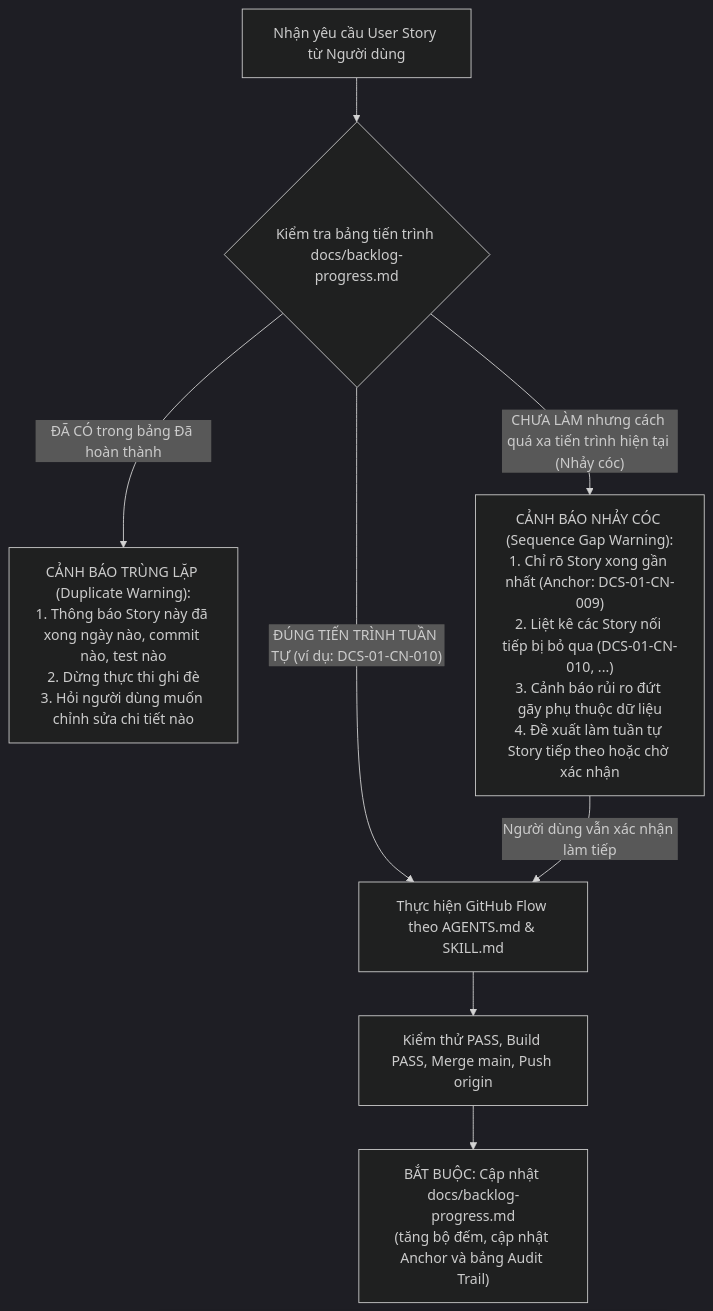
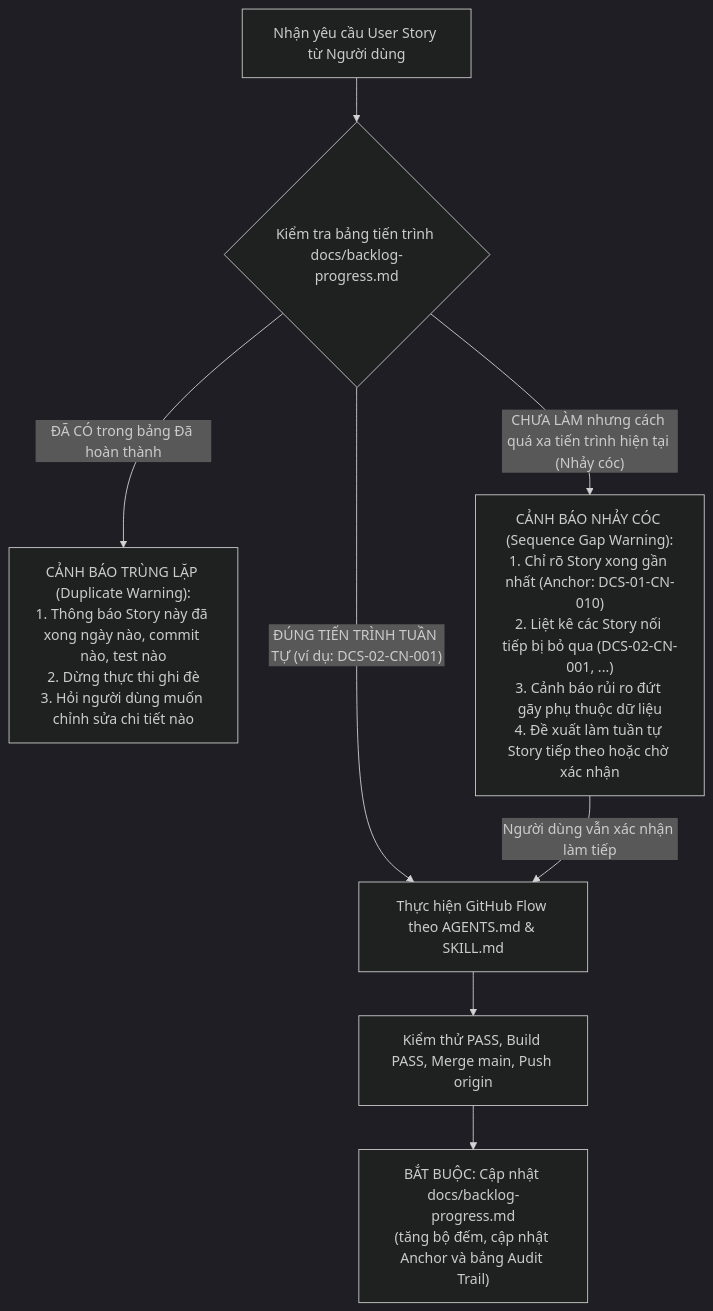
The diagram in docs/backlog-progress.md (hienvanla5/dia_chinh_so), drawn with Mermaid (dark theme) before and after one commit. The commit also changed other lines of this file and 2 other files, not shown here.

Commit message:
docs: document auth audit endpoints and complete Epic DCS-01 in progress tracker

````diff
--- a/docs/backlog-progress.md
+++ b/docs/backlog-progress.md
@@ -200,14 +229,14 @@
 ```mermaid
 flowchart TD
     Req["Nhận yêu cầu User Story từ Người dùng"] --> CheckTable{"Kiểm tra bảng tiến trình docs/backlog-progress.md"}
     
     CheckTable -- "ĐÃ CÓ trong bảng Đã hoàn thành" --> WarnDup["CẢNH BÁO TRÙNG LẶP (Duplicate Warning):<br>1. Thông báo Story này đã xong ngày nào, commit nào, test nào<br>2. Dừng thực thi ghi đè<br>3. Hỏi người dùng muốn chỉnh sửa chi tiết nào"]
     
-    CheckTable -- "CHƯA LÀM nhưng cách quá xa tiến trình hiện tại (Nhảy cóc)" --> WarnGap["CẢNH BÁO NHẢY CÓC (Sequence Gap Warning):<br>1. Chỉ rõ Story xong gần nhất (Anchor: DCS-01-CN-009)<br>2. Liệt kê các Story nối tiếp bị bỏ qua (DCS-01-CN-010, ...)<br>3. Cảnh báo rủi ro đứt gãy phụ thuộc dữ liệu<br>4. Đề xuất làm tuần tự Story tiếp theo hoặc chờ xác nhận"]
+    CheckTable -- "CHƯA LÀM nhưng cách quá xa tiến trình hiện tại (Nhảy cóc)" --> WarnGap["CẢNH BÁO NHẢY CÓC (Sequence Gap Warning):<br>1. Chỉ rõ Story xong gần nhất (Anchor: DCS-01-CN-010)<br>2. Liệt kê các Story nối tiếp bị bỏ qua (DCS-02-CN-001, ...)<br>3. Cảnh báo rủi ro đứt gãy phụ thuộc dữ liệu<br>4. Đề xuất làm tuần tự Story tiếp theo hoặc chờ xác nhận"]
     
-    CheckTable -- "ĐÚNG TIẾN TRÌNH TUẦN TỰ (ví dụ: DCS-01-CN-010)" --> RunStory["Thực hiện GitHub Flow theo AGENTS.md & SKILL.md"]
+    CheckTable -- "ĐÚNG TIẾN TRÌNH TUẦN TỰ (ví dụ: DCS-02-CN-001)" --> RunStory["Thực hiện GitHub Flow theo AGENTS.md & SKILL.md"]
     WarnGap -- "Người dùng vẫn xác nhận làm tiếp" --> RunStory
     
     RunStory --> Done["Kiểm thử PASS, Build PASS, Merge main, Push origin"]
     Done --> UpdateLog["BẮT BUỘC: Cập nhật docs/backlog-progress.md<br>(tăng bộ đếm, cập nhật Anchor và bảng Audit Trail)"]
 ```
````
